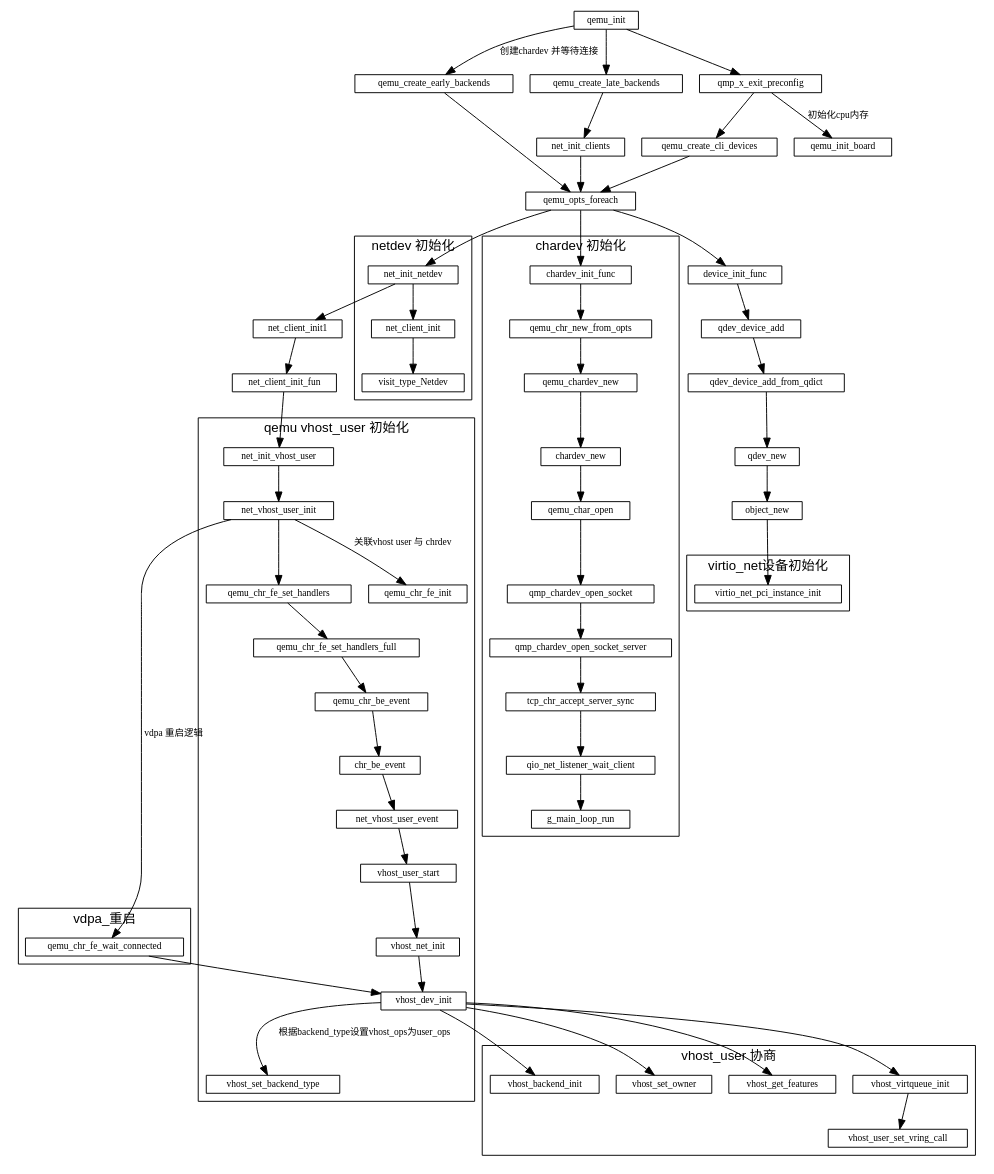
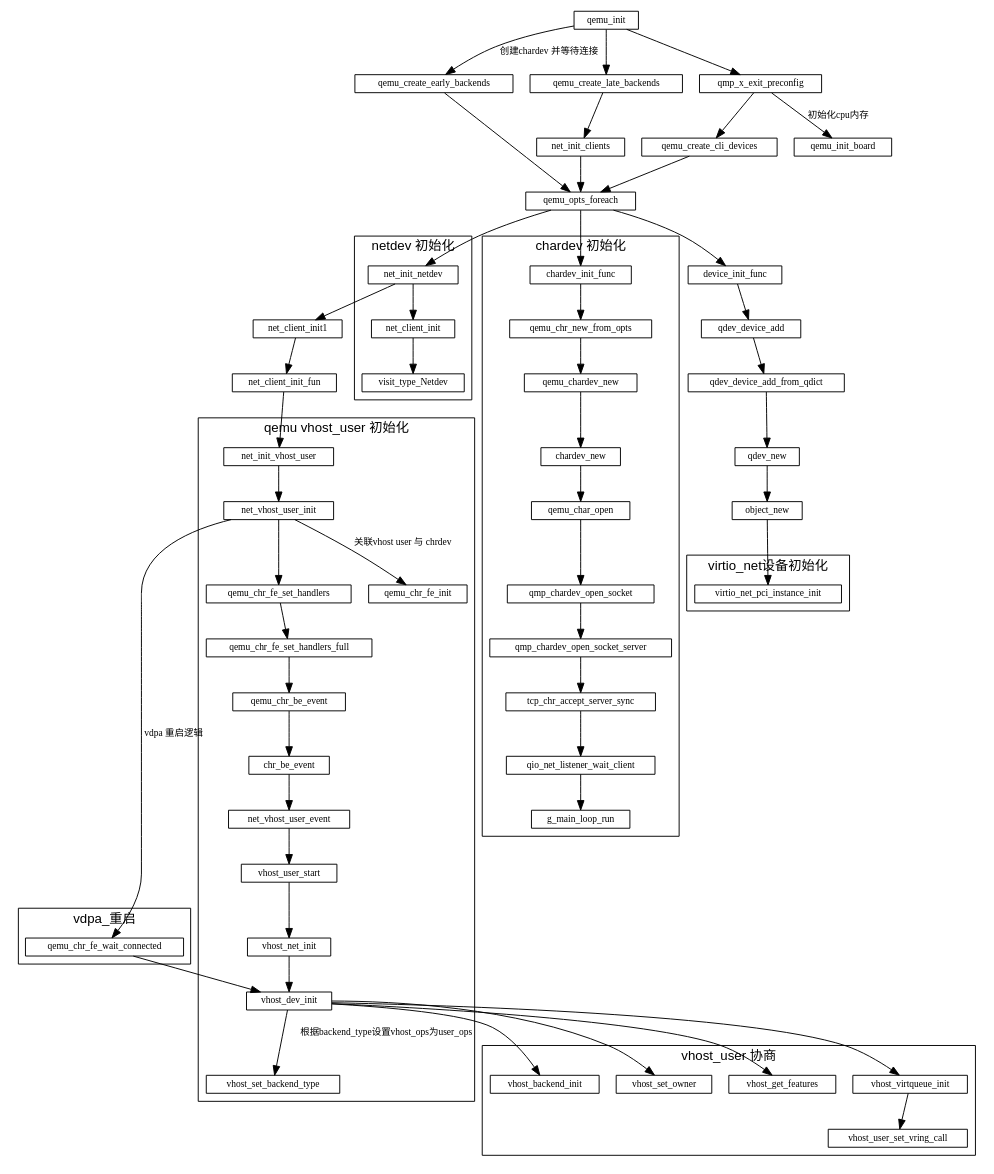
One commit to sisyphus1212/note changed the diagram in qemu/qemu初始化.md. Above: the diagram before and after it, drawn with Graphviz.

Commit message:
auto_update

```diff
--- a/qemu/qemu初始化.md
+++ b/qemu/qemu初始化.md
@@ -57,7 +57,7 @@
                             -> net_vhost_user_event
                             -> vhost_user_start
                             -> vhost_net_init
-                            -> vhost_dev_init[weight=2]
+                            -> vhost_dev_init[weight=10]
                                vhost_dev_init
                             -> vhost_set_backend_type[label="根据backend_type设置vhost_ops为user_ops"]
 
```
